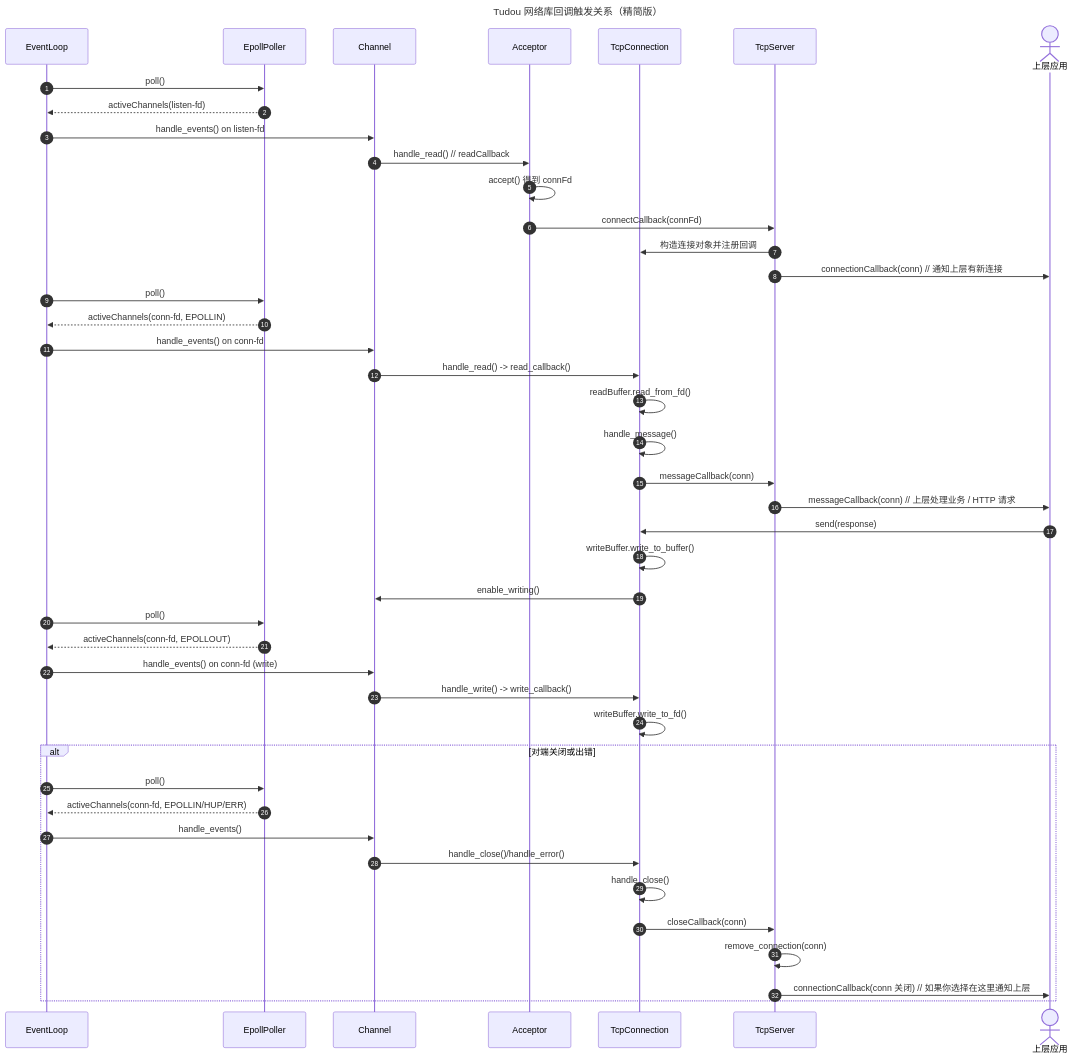
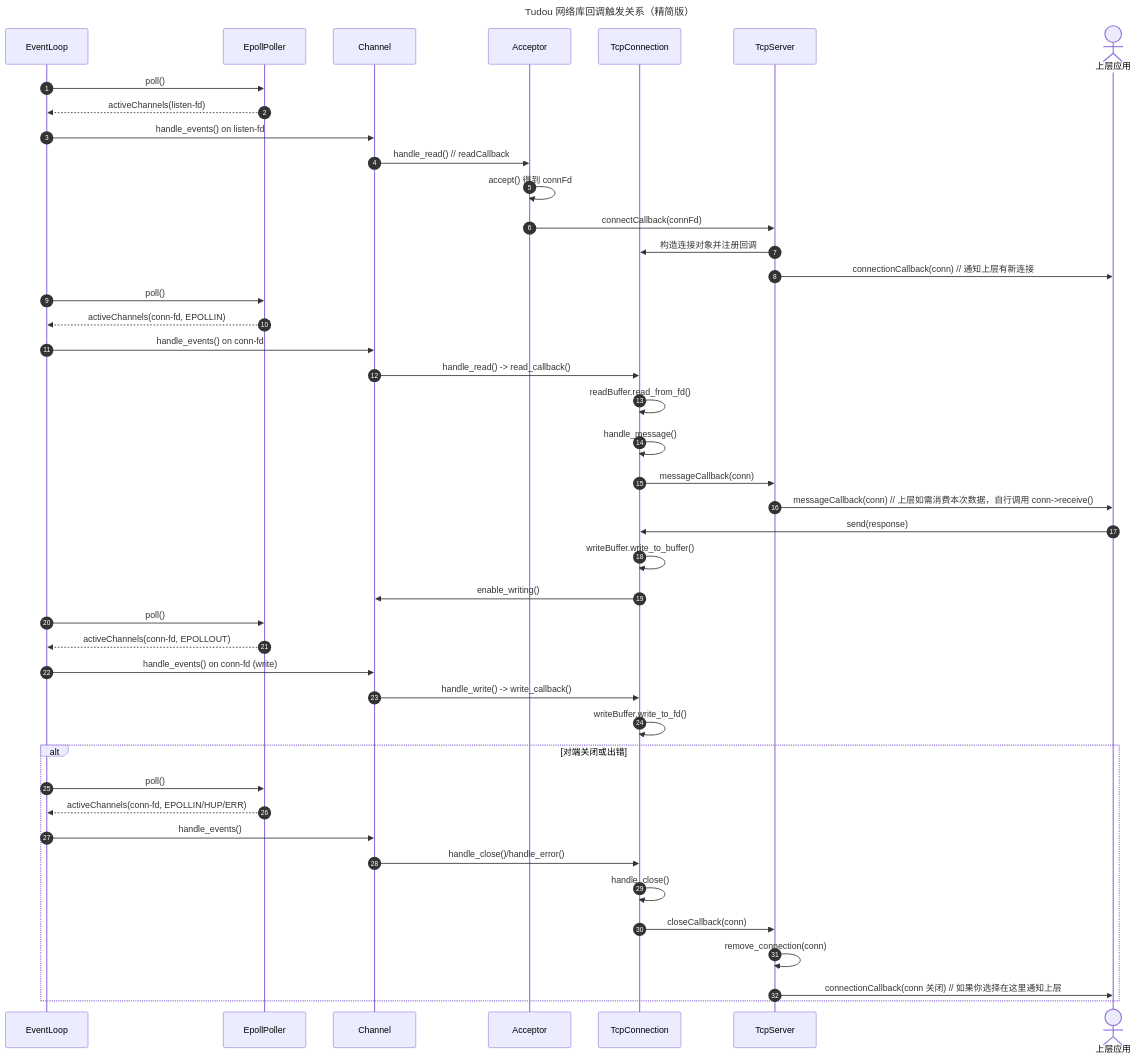
The sixth of 6 diagrams in docs/Architecture.md (WenXingming/Tudou), drawn with Mermaid before and after one commit. The commit also changed 27 other files, not shown here.

````diff
--- a/docs/Architecture.md
+++ b/docs/Architecture.md
@@ -485,69 +485,69 @@
 ```mermaid
 %%{init: {
     "theme": "default",
     "themeVariables": {
         "fontFamily": "Times New Roman",
         "fontSize": "18px"
     }
 }}%%
 sequenceDiagram
     autonumber
     title Tudou 网络库回调触发关系（精简版）
 
     participant EventLoop
     participant EpollPoller
     participant Channel
     participant Acceptor
     participant TcpConnection
     participant TcpServer
     actor App as 上层应用
 
     %% 新连接到来：从监听 fd 上的读事件一路触发到上层
 
     EventLoop ->> EpollPoller: poll()
     EpollPoller -->> EventLoop: activeChannels(listen-fd)
     EventLoop ->> Channel: handle_events() on listen-fd
     Channel ->> Acceptor: handle_read()  // readCallback
 
     Acceptor ->> Acceptor: accept() 得到 connFd
     Acceptor ->> TcpServer: connectCallback(connFd)
     TcpServer ->> TcpConnection: 构造连接对象并注册回调
     TcpServer ->> App: connectionCallback(conn)  // 通知上层有新连接
 
     %% 有数据可读：从 conn-fd 上的读事件触发到应用层 message 回调
 
     EventLoop ->> EpollPoller: poll()
     EpollPoller -->> EventLoop: activeChannels(conn-fd, EPOLLIN)
     EventLoop ->> Channel: handle_events() on conn-fd
     Channel ->> TcpConnection: handle_read() -> read_callback()
 
     TcpConnection ->> TcpConnection: readBuffer.read_from_fd()
     TcpConnection ->> TcpConnection: handle_message()
     TcpConnection ->> TcpServer: messageCallback(conn)
-    TcpServer ->> App: messageCallback(conn)  // 上层处理业务 / HTTP 请求
+    TcpServer ->> App: messageCallback(conn)  // 上层如需消费本次数据，自行调用 conn->receive()
 
     %% 上层发送响应：从 App 的 send 调用触发到底层写 fd
 
     App ->> TcpConnection: send(response)
     TcpConnection ->> TcpConnection: writeBuffer.write_to_buffer()
     TcpConnection ->> Channel: enable_writing()
 
     EventLoop ->> EpollPoller: poll()
     EpollPoller -->> EventLoop: activeChannels(conn-fd, EPOLLOUT)
     EventLoop ->> Channel: handle_events() on conn-fd (write)
     Channel ->> TcpConnection: handle_write() -> write_callback()
     TcpConnection ->> TcpConnection: writeBuffer.write_to_fd()
 
     %% 连接关闭：从底层事件一路触发到上层的关闭回调
 
     alt 对端关闭或出错
         EventLoop ->> EpollPoller: poll()
         EpollPoller -->> EventLoop: activeChannels(conn-fd, EPOLLIN/HUP/ERR)
         EventLoop ->> Channel: handle_events()
         Channel ->> TcpConnection: handle_close()/handle_error()
         TcpConnection ->> TcpConnection: handle_close()
         TcpConnection ->> TcpServer: closeCallback(conn)
         TcpServer ->> TcpServer: remove_connection(conn)
         TcpServer ->> App: connectionCallback(conn 关闭)  // 如果你选择在这里通知上层
     end
 ```
````
